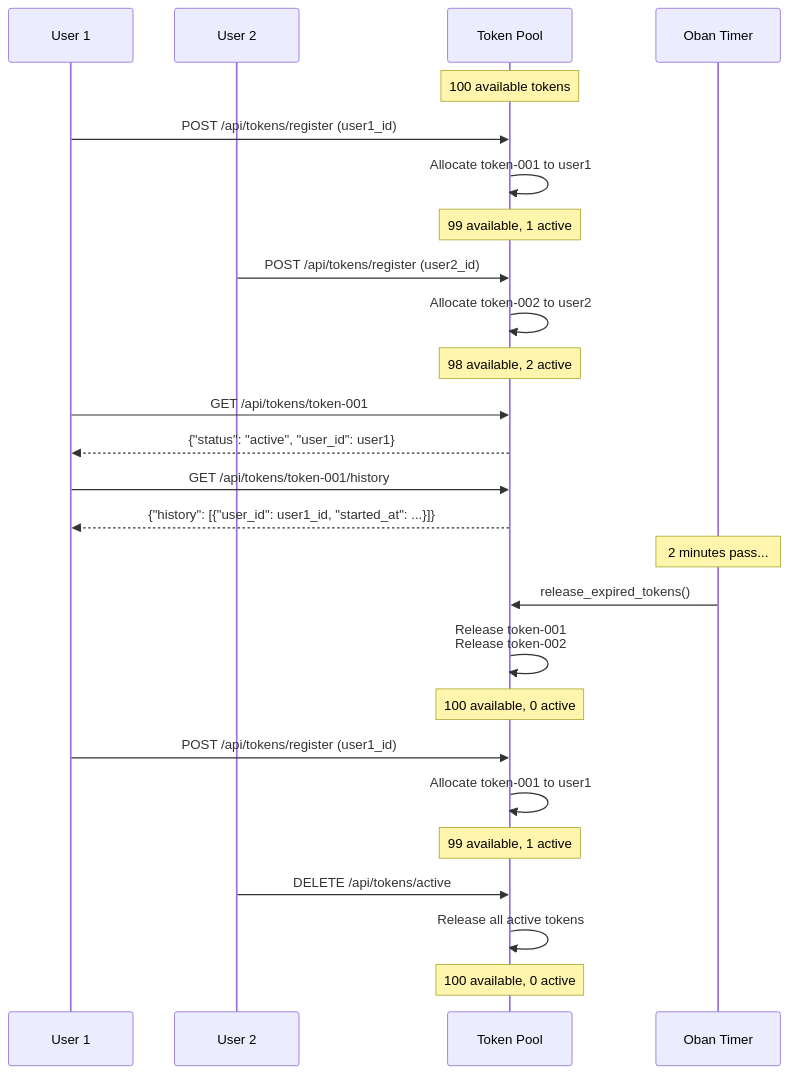
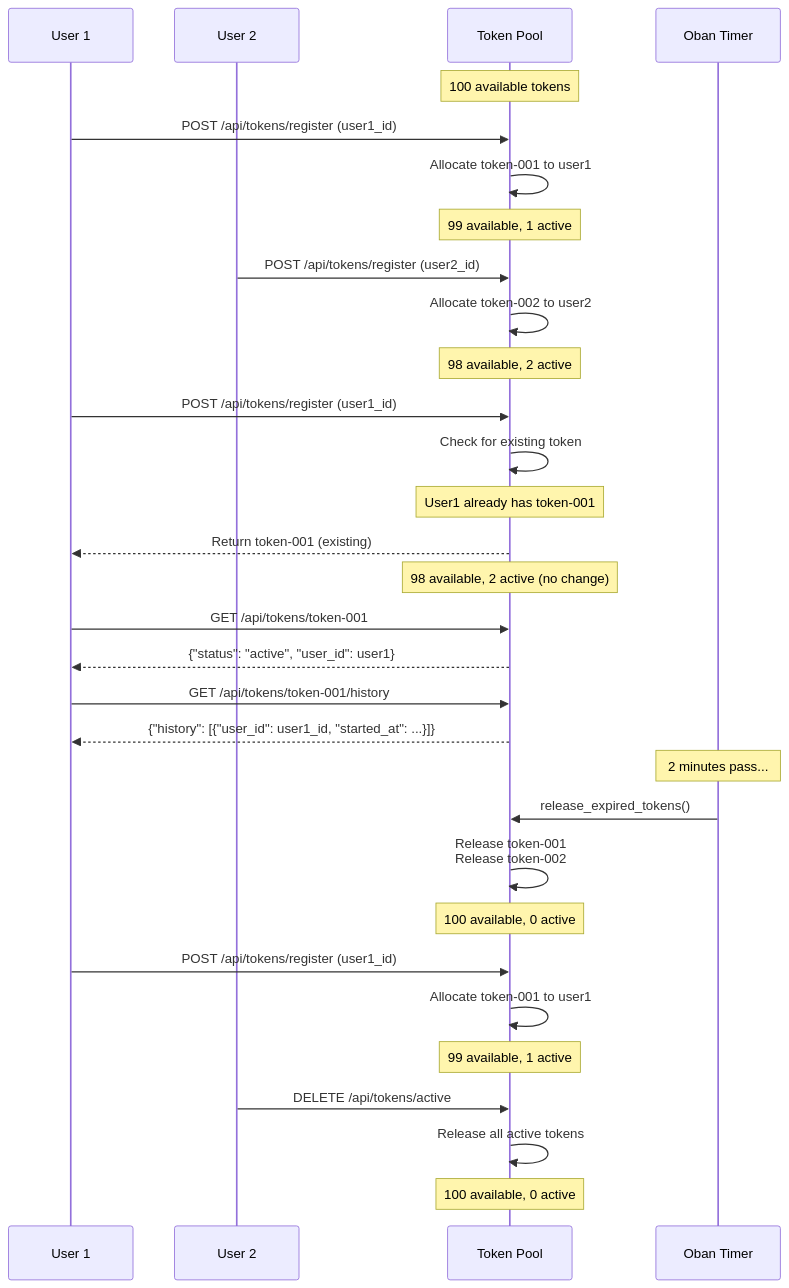
Before and after one commit to helderbarboza/token_guard: the sixth of 6 diagrams in README.md, drawn with Mermaid. The commit also changed other lines of this file and 3 other files, not shown here.

Commit message:
refactor: a user cannot have more than one active token

````diff
--- a/README.md
+++ b/README.md
@@ -446,37 +460,43 @@
 ```mermaid
 sequenceDiagram
     participant User1 as User 1
     participant User2 as User 2
     participant Pool as Token Pool
     participant Timer as Oban Timer
 
     Note over Pool: 100 available tokens
 
     User1->>Pool: POST /api/tokens/register (user1_id)
     Pool->>Pool: Allocate token-001 to user1
     Note over Pool: 99 available, 1 active
 
     User2->>Pool: POST /api/tokens/register (user2_id)
     Pool->>Pool: Allocate token-002 to user2
     Note over Pool: 98 available, 2 active
+
+    User1->>Pool: POST /api/tokens/register (user1_id)
+    Pool->>Pool: Check for existing token
+    Note over Pool: User1 already has token-001
+    Pool-->>User1: Return token-001 (existing)
+    Note over Pool: 98 available, 2 active (no change)
 
     User1->>Pool: GET /api/tokens/token-001
     Pool-->>User1: {"status": "active", "user_id": user1}
 
     User1->>Pool: GET /api/tokens/token-001/history
     Pool-->>User1: {"history": [{"user_id": user1_id, "started_at": ...}]}
 
     Note over Timer: 2 minutes pass...
 
     Timer->>Pool: release_expired_tokens()
     Pool->>Pool: Release token-001<br/>Release token-002
     Note over Pool: 100 available, 0 active
 
     User1->>Pool: POST /api/tokens/register (user1_id)
     Pool->>Pool: Allocate token-001 to user1
     Note over Pool: 99 available, 1 active
 
     User2->>Pool: DELETE /api/tokens/active
     Pool->>Pool: Release all active tokens
     Note over Pool: 100 available, 0 active
 ```
````
